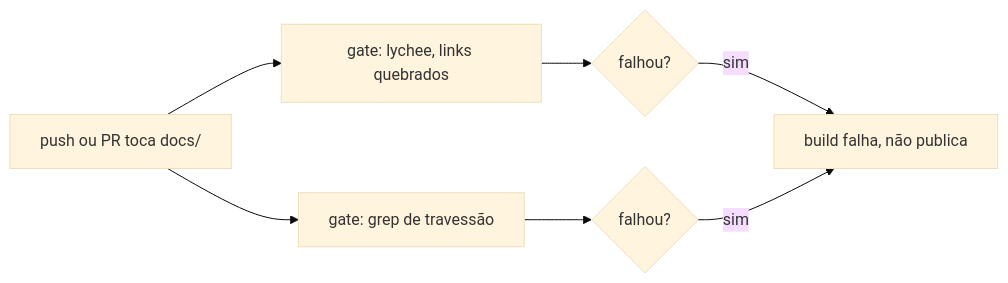
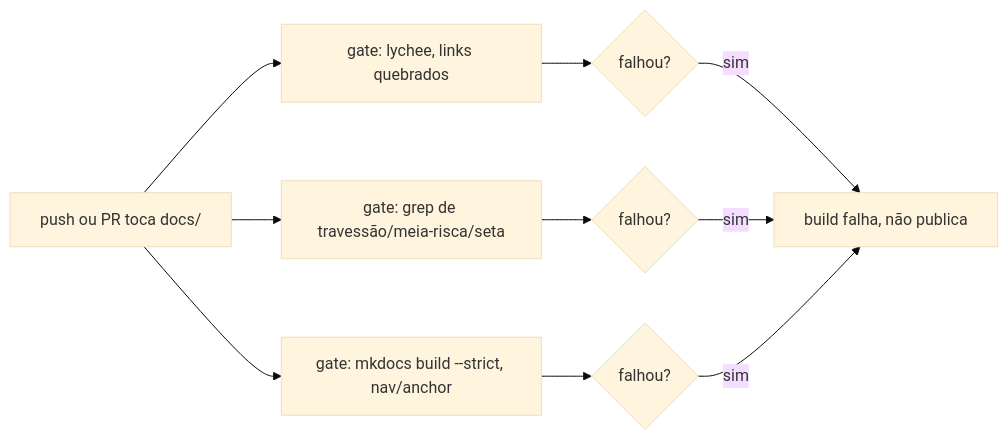
Before and after one commit to ladesa-ro/infrastructure: the sixth of 16 diagrams in docs/operacao/desenvolvimento.md, drawn with Mermaid (base theme). The commit also changed other lines of this file and 3 other files, not shown here.

Commit message:
docs: expand editorial guidelines with structure and diagrams

````diff
--- a/docs/operacao/desenvolvimento.md
+++ b/docs/operacao/desenvolvimento.md
@@ -163,9 +212,12 @@
 ```mermaid
 flowchart LR
     Push[push ou PR toca docs/] --> Lychee[gate: lychee, links quebrados]
-    Push --> Travessao[gate: grep de travessão]
+    Push --> Estilo[gate: grep de travessão/meia-risca/seta]
+    Push --> MkDocs[gate: mkdocs build --strict, nav/anchor]
     Lychee --> Falha1{falhou?}
-    Travessao --> Falha2{falhou?}
+    Estilo --> Falha2{falhou?}
+    MkDocs --> Falha3{falhou?}
     Falha1 -->|sim| Bloqueia[build falha, não publica]
     Falha2 -->|sim| Bloqueia
+    Falha3 -->|sim| Bloqueia
 ```
````
